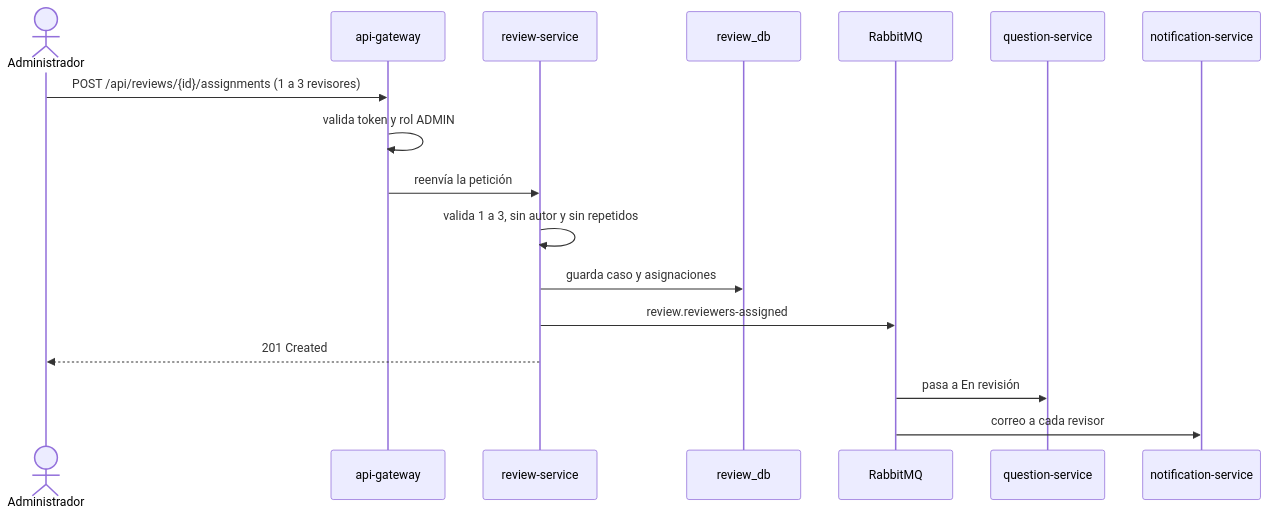
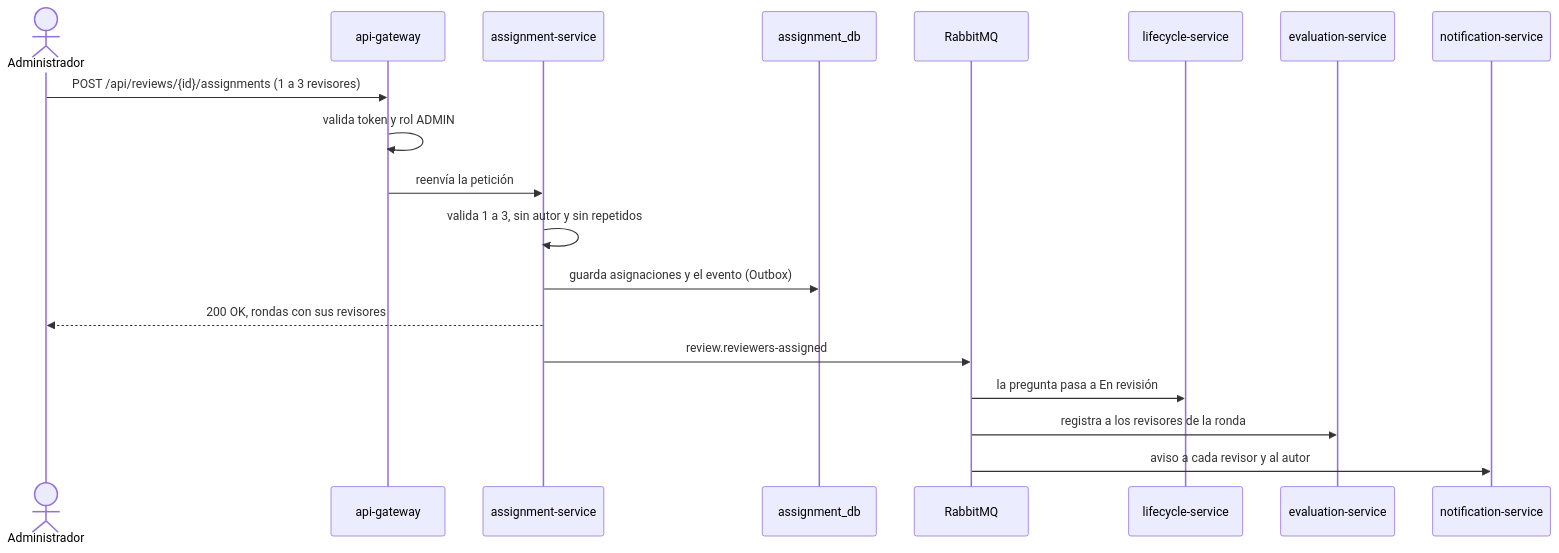
One commit to DVLASZ/banco-preguntas-saberpro changed diagram 11 of 27 in docs/corte-2/03-arquitectura-c4-uml.md. Above: the diagram before and after it, drawn with Mermaid. The commit also changed other lines of this file and 83 other files, not shown here.

Commit message:
Documentación de la arquitectura de 14 servicios: historias, contextos y eventos, C4, patrones y prototipos, con todos los diagramas

````diff
--- a/docs/corte-2/03-arquitectura-c4-uml.md
+++ b/docs/corte-2/03-arquitectura-c4-uml.md
@@ -190,19 +389,21 @@
 ```mermaid
 sequenceDiagram
   actor ADM as Administrador
   participant GW as api-gateway
-  participant RS as review-service
-  participant DB as review_db
+  participant AS as assignment-service
+  participant DB as assignment_db
   participant MQ as RabbitMQ
-  participant QS as question-service
+  participant LS as lifecycle-service
+  participant ES as evaluation-service
   participant NS as notification-service
   ADM->>GW: POST /api/reviews/{id}/assignments (1 a 3 revisores)
   GW->>GW: valida token y rol ADMIN
-  GW->>RS: reenvía la petición
-  RS->>RS: valida 1 a 3, sin autor y sin repetidos
-  RS->>DB: guarda caso y asignaciones
-  RS->>MQ: review.reviewers-assigned
-  RS-->>ADM: 201 Created
-  MQ->>QS: pasa a En revisión
-  MQ->>NS: correo a cada revisor
+  GW->>AS: reenvía la petición
+  AS->>AS: valida 1 a 3, sin autor y sin repetidos
+  AS->>DB: guarda asignaciones y el evento (Outbox)
+  AS-->>ADM: 200 OK, rondas con sus revisores
+  AS->>MQ: review.reviewers-assigned
+  MQ->>LS: la pregunta pasa a En revisión
+  MQ->>ES: registra a los revisores de la ronda
+  MQ->>NS: aviso a cada revisor y al autor
 ```
````
